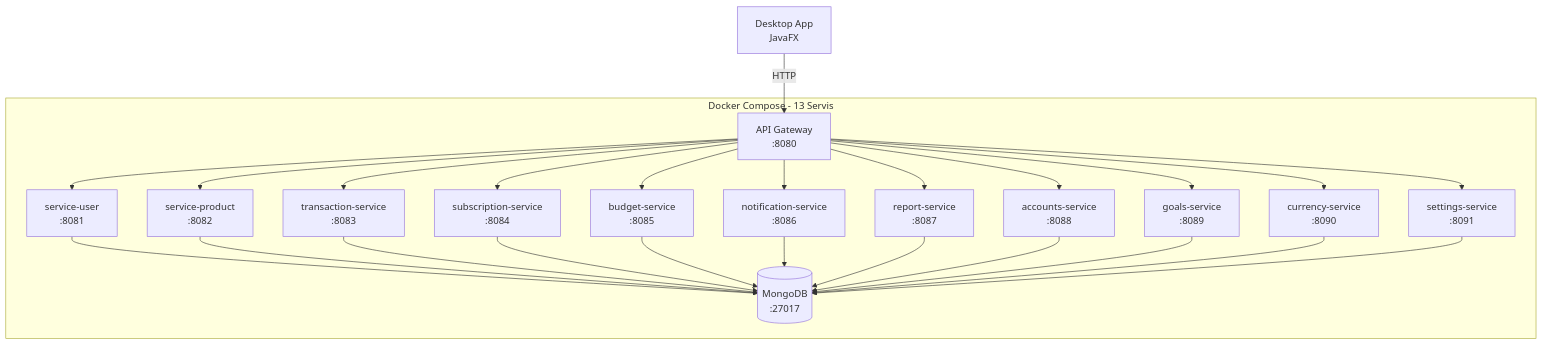
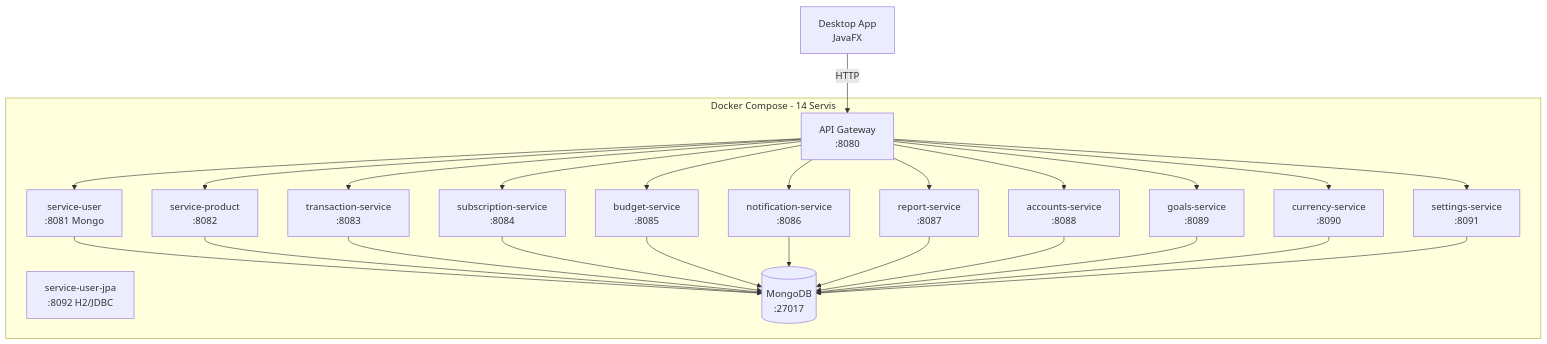
The diagram in README.md (EmreYuksell/FinansCepte), drawn with Mermaid before and after one commit. The commit also changed other lines of this file and 29 other files, not shown here.

Commit message:
feat: JPA/Mongo dual user servisi, servis refactorü ve unit testler

````diff
--- a/README.md
+++ b/README.md
@@ -7,22 +7,23 @@
 ```mermaid
 graph TB
-    subgraph "Docker Compose - 13 Servis"
+    subgraph "Docker Compose - 14 Servis"
         GW[API Gateway<br/>:8080]
-        U[service-user<br/>:8081]
+        U[service-user<br/>:8081 Mongo]
+        UJ[service-user-jpa<br/>:8092 H2/JDBC]
         P[service-product<br/>:8082]
         T[transaction-service<br/>:8083]
         S[subscription-service<br/>:8084]
         B[budget-service<br/>:8085]
         N[notification-service<br/>:8086]
         R[report-service<br/>:8087]
         A[accounts-service<br/>:8088]
         G[goals-service<br/>:8089]
         C[currency-service<br/>:8090]
         ST[settings-service<br/>:8091]
         M[(MongoDB<br/>:27017)]
     end
 
     Client[Desktop App<br/>JavaFX] -->|HTTP| GW
     GW --> U & P & T & S & B & N & R & A & G & C & ST
     U & P & T & S & B & N & R & A & G & C & ST --> M
 ```
````
